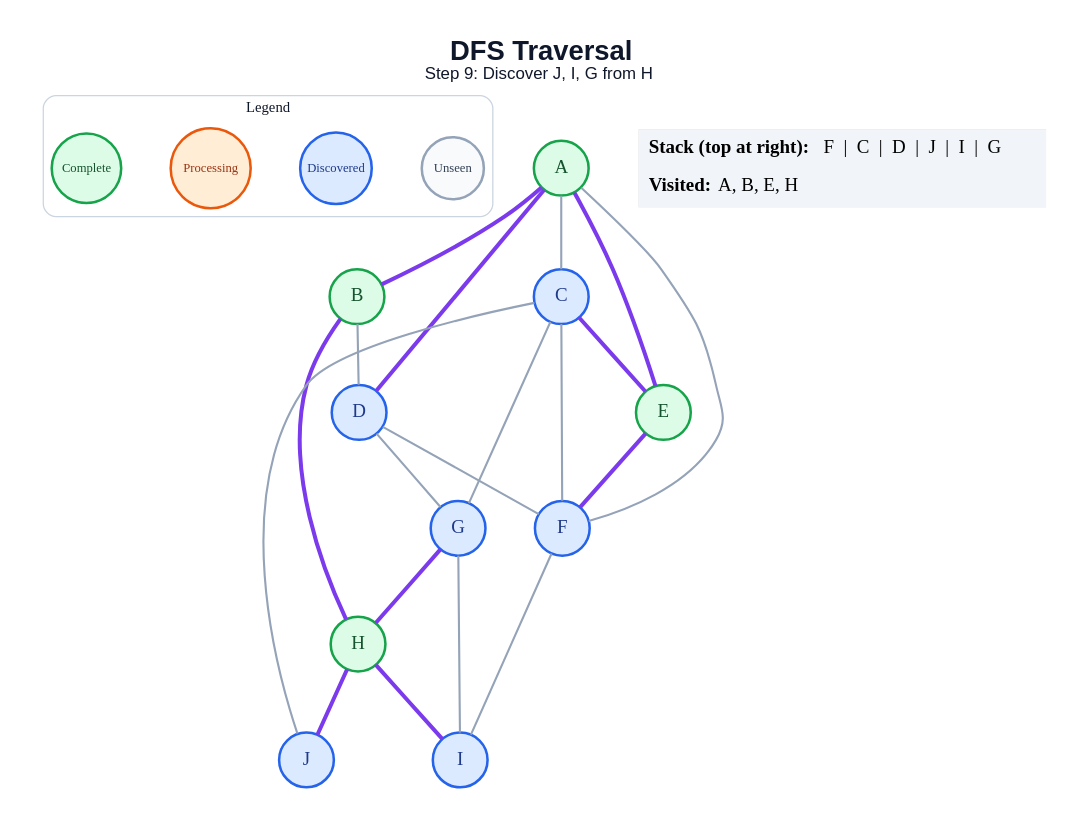
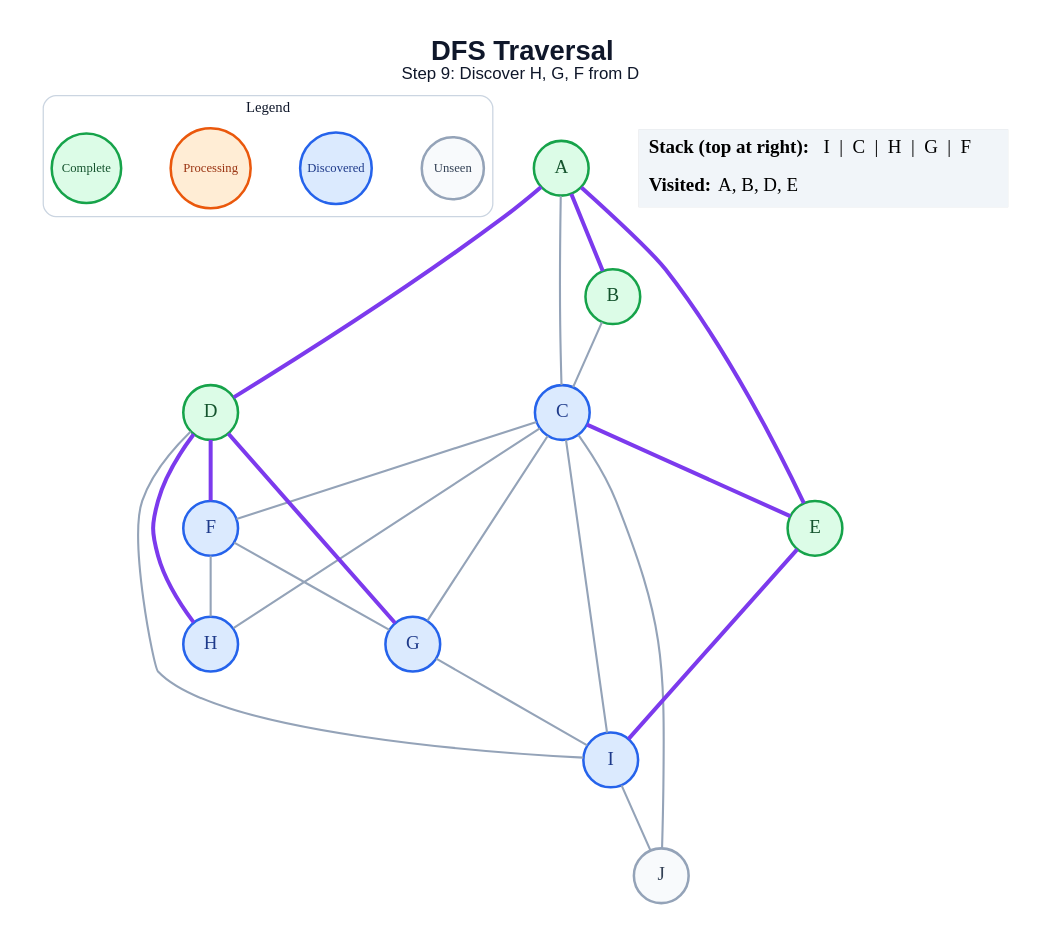
The diagram in generated/specific-node/dfs/step_09.dot (amanghodawala9/ai-slop), drawn with Graphviz before and after one commit. The commit also changed 178 other files, not shown here.

```diff
--- a/generated/specific-node/dfs/step_09.dot
+++ b/generated/specific-node/dfs/step_09.dot
@@ -1,48 +1,49 @@
 graph traversal {
   graph [layout=dot, rankdir=TB, bgcolor="#FFFFFF", pad="0.35", nodesep="0.65", ranksep="0.8", fontname="Arial"];
   node [shape=circle, style="filled", fontname="Arial Bold", fontsize=18, width=0.72, fixedsize=true, penwidth=2.4];
   edge [color="#94A3B8", penwidth=2.0];
-  label=<<B>DFS Traversal</B><BR/><FONT POINT-SIZE="16">Step 9: Discover J, I, G from H</FONT>>; labelloc="t"; fontsize=26; fontname="Arial"; fontcolor="#0F172A";
+  label=<<B>DFS Traversal</B><BR/><FONT POINT-SIZE="16">Step 9: Discover H, G, F from D</FONT>>; labelloc="t"; fontsize=26; fontname="Arial"; fontcolor="#0F172A";
   subgraph cluster_legend { label="Legend"; color="#CBD5E1"; penwidth=1.2; style="rounded"; fontsize=14; fontname="Arial Bold";
     key_unseen [label="Unseen", fillcolor="#F8FAFC", color="#94A3B8", fontcolor="#334155", fontsize=12, width=0.82];
     key_frontier [label="Discovered", fillcolor="#DBEAFE", color="#2563EB", fontcolor="#1E3A8A", fontsize=12, width=0.95];
     key_current [label="Processing", fillcolor="#FFEDD5", color="#EA580C", fontcolor="#9A3412", fontsize=12, width=1.05];
     key_done [label="Complete", fillcolor="#DCFCE7", color="#16A34A", fontcolor="#14532D", fontsize=12, width=0.92];
     { rank=same; key_unseen; key_frontier; key_current; key_done; }
   }
   A [fillcolor="#DCFCE7", color="#16A34A", fontcolor="#14532D"];
   B [fillcolor="#DCFCE7", color="#16A34A", fontcolor="#14532D"];
   C [fillcolor="#DBEAFE", color="#2563EB", fontcolor="#1E3A8A"];
-  D [fillcolor="#DBEAFE", color="#2563EB", fontcolor="#1E3A8A"];
+  D [fillcolor="#DCFCE7", color="#16A34A", fontcolor="#14532D"];
   E [fillcolor="#DCFCE7", color="#16A34A", fontcolor="#14532D"];
   F [fillcolor="#DBEAFE", color="#2563EB", fontcolor="#1E3A8A"];
   G [fillcolor="#DBEAFE", color="#2563EB", fontcolor="#1E3A8A"];
-  H [fillcolor="#DCFCE7", color="#16A34A", fontcolor="#14532D"];
+  H [fillcolor="#DBEAFE", color="#2563EB", fontcolor="#1E3A8A"];
   I [fillcolor="#DBEAFE", color="#2563EB", fontcolor="#1E3A8A"];
-  J [fillcolor="#DBEAFE", color="#2563EB", fontcolor="#1E3A8A"];
+  J [fillcolor="#F8FAFC", color="#94A3B8", fontcolor="#334155"];
   A -- B [color="#7C3AED", penwidth=3.8];
   A -- C;
   A -- D [color="#7C3AED", penwidth=3.8];
   A -- E [color="#7C3AED", penwidth=3.8];
-  A -- F;
-  B -- D;
-  B -- H [color="#7C3AED", penwidth=3.8];
+  B -- C;
   C -- E [color="#7C3AED", penwidth=3.8];
   C -- F;
   C -- G;
+  C -- H;
+  C -- I;
   C -- J;
-  D -- F;
-  D -- G;
-  E -- F [color="#7C3AED", penwidth=3.8];
-  F -- I;
-  G -- H [color="#7C3AED", penwidth=3.8];
+  D -- F [color="#7C3AED", penwidth=3.8];
+  D -- G [color="#7C3AED", penwidth=3.8];
+  D -- H [color="#7C3AED", penwidth=3.8];
+  D -- I;
+  E -- I [color="#7C3AED", penwidth=3.8];
+  F -- G;
+  F -- H;
   G -- I;
-  H -- I [color="#7C3AED", penwidth=3.8];
-  H -- J [color="#7C3AED", penwidth=3.8];
+  I -- J;
   status [shape=plain, fixedsize=false, width=0, height=0, margin=0, label=<
     <TABLE BORDER="0" CELLBORDER="0" CELLPADDING="7" BGCOLOR="#F1F5F9">
-      <TR><TD ALIGN="LEFT"><B>Stack (top at right):</B> F  |  C  |  D  |  J  |  I  |  G</TD></TR>
-      <TR><TD ALIGN="LEFT"><B>Visited:</B> A, B, E, H</TD></TR>
+      <TR><TD ALIGN="LEFT"><B>Stack (top at right):</B> I  |  C  |  H  |  G  |  F</TD></TR>
+      <TR><TD ALIGN="LEFT"><B>Visited:</B> A, B, D, E</TD></TR>
     </TABLE>
   >];
 }
```
